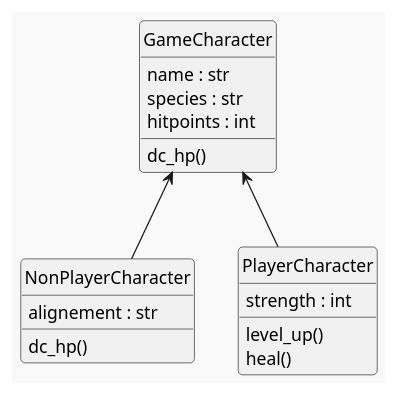
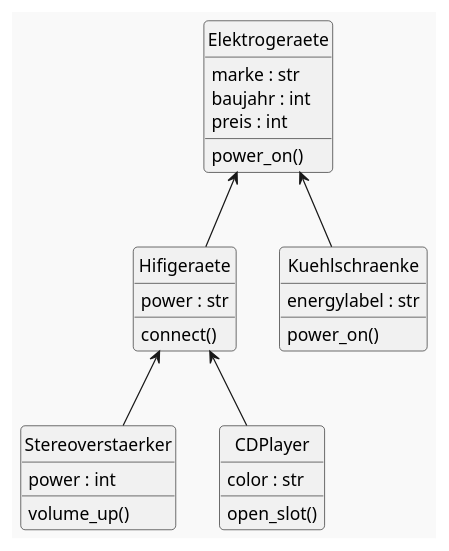
One commit to MHundi/Info_KS changed the diagram in 2_Objectoriented_Programming/2-3_Inheritance/classuml.puml. Above: the diagram before and after it, drawn with PlantUML. The commit also changed 14 other files, not shown here.

```diff
--- a/2_Objectoriented_Programming/2-3_Inheritance/classuml.puml
+++ b/2_Objectoriented_Programming/2-3_Inheritance/classuml.puml
@@ -1,28 +1,47 @@
 @startuml One
 !theme mars
-class GameCharacter{
-  name : str
-  species : str
-  hitpoints : int
-  dc_hp()
+class Elektrogeraete{
+  marke : str
+  baujahr : int
+  preis : int
+  power_on()
 }
-  class NonPlayerCharacter{
-    alignement : str
-    dc_hp()
-  }
+class Hifigeraete{
+    power : str
+    connect()
+    
+}
 
-class PlayerCharacter{
-  strength : int
-  level_up()
-  heal()
+class Stereoverstaerker{
+  power : int
+  volume_up()
 }
-GameCharacter <-- NonPlayerCharacter
-GameCharacter <-- PlayerCharacter
 
-hide GameCharacter circle
-show GameCharacter fields
-show Gamecharacter methods
-hide NonPlayerCharacter circle
-hide PlayerCharacter circle
+class Kuehlschraenke{
+  energylabel : str
+  power_on()
+}
+
+class CDPlayer{
+  color : str
+  open_slot()
+}
+
+Elektrogeraete <-- Hifigeraete
+Hifigeraete <-- CDPlayer 
+Hifigeraete <-- Stereoverstaerker
+Elektrogeraete <-- Kuehlschraenke
+
+
+hide Elektrogeraete circle
+show Elektrogeraete methods
+show Hifigeraete methods
+show stackereoverstaerker methods
+show Kuehlschraenke methods
+show CDPlayer methods
+hide Hifigeraete circle
+hide Stereoverstaerker circle
+hide CDPlayer circle
+hide Kuehlschraenke circle
 
 @enduml
```
